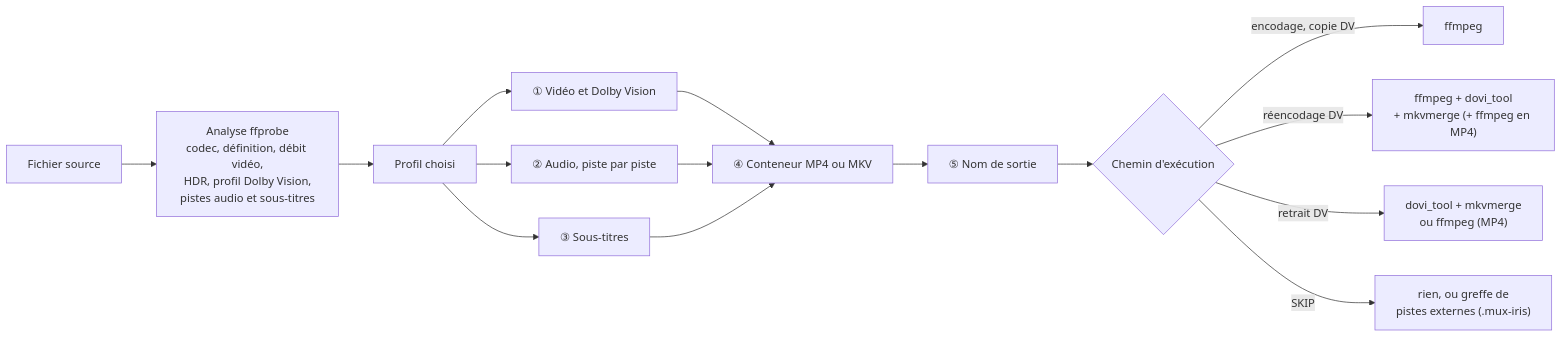
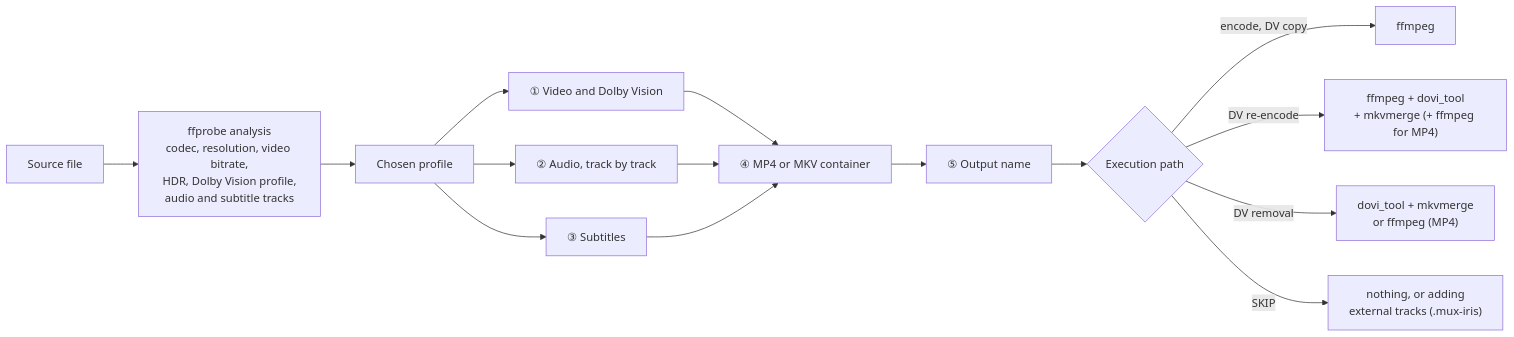
One commit to opegon/IRIS_Encode changed the first of 6 diagrams in README.md. Above: the diagram before and after it, drawn with Mermaid. The commit also changed other lines of this file and 10 other files, not shown here.

````diff
--- a/README.md
+++ b/README.md
@@ -64,17 +66,17 @@
 ```mermaid
 flowchart LR
-    F["Fichier source"] --> S["Analyse ffprobe<br/>codec, définition, débit vidéo,<br/>HDR, profil Dolby Vision,<br/>pistes audio et sous-titres"]
-    S --> P["Profil choisi"]
-    P --> V["① Vidéo et Dolby Vision"]
-    P --> A["② Audio, piste par piste"]
-    P --> T["③ Sous-titres"]
-    V --> C["④ Conteneur MP4 ou MKV"]
+    F["Source file"] --> S["ffprobe analysis<br/>codec, resolution, video bitrate,<br/>HDR, Dolby Vision profile,<br/>audio and subtitle tracks"]
+    S --> P["Chosen profile"]
+    P --> V["① Video and Dolby Vision"]
+    P --> A["② Audio, track by track"]
+    P --> T["③ Subtitles"]
+    V --> C["④ MP4 or MKV container"]
     A --> C
     T --> C
-    C --> N["⑤ Nom de sortie"]
-    N --> X{"Chemin d'exécution"}
-    X -->|"encodage, copie DV"| X1["ffmpeg"]
-    X -->|"réencodage DV"| X2["ffmpeg + dovi_tool<br/>+ mkvmerge (+ ffmpeg en MP4)"]
-    X -->|"retrait DV"| X3["dovi_tool + mkvmerge<br/>ou ffmpeg (MP4)"]
-    X -->|"SKIP"| X4["rien, ou greffe de<br/>pistes externes (.mux-iris)"]
+    C --> N["⑤ Output name"]
+    N --> X{"Execution path"}
+    X -->|"encode, DV copy"| X1["ffmpeg"]
+    X -->|"DV re-encode"| X2["ffmpeg + dovi_tool<br/>+ mkvmerge (+ ffmpeg for MP4)"]
+    X -->|"DV removal"| X3["dovi_tool + mkvmerge<br/>or ffmpeg (MP4)"]
+    X -->|"SKIP"| X4["nothing, or adding<br/>external tracks (.mux-iris)"]
 ```
````
